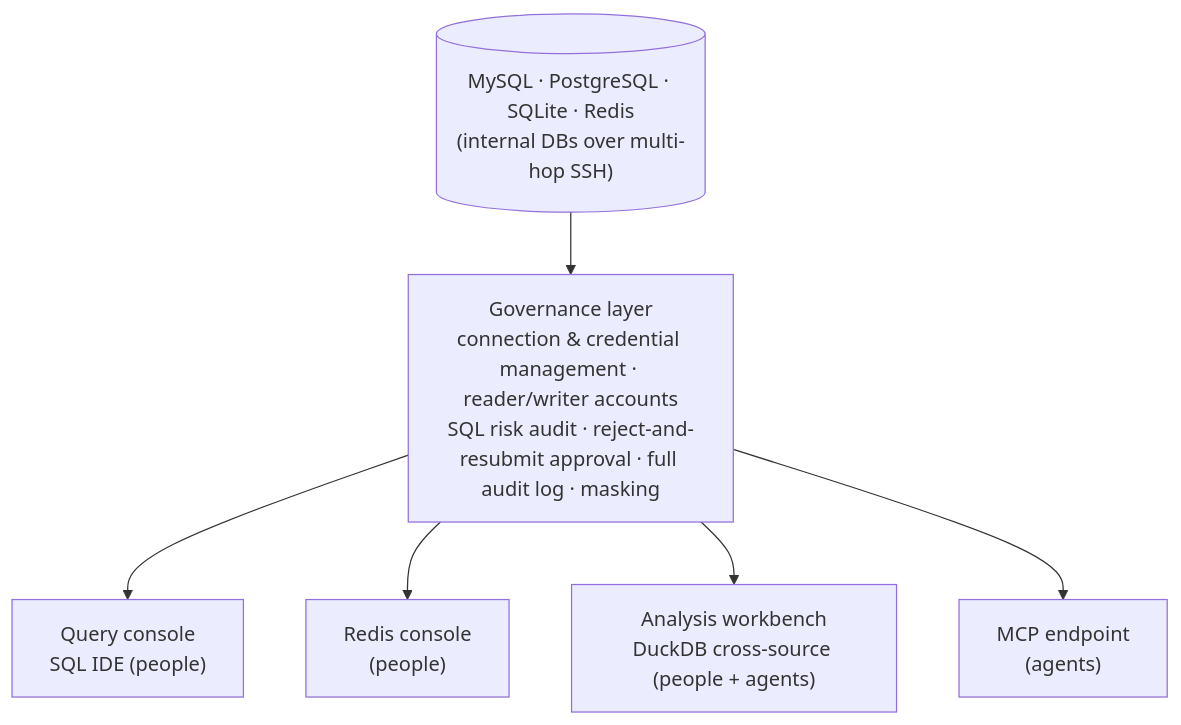
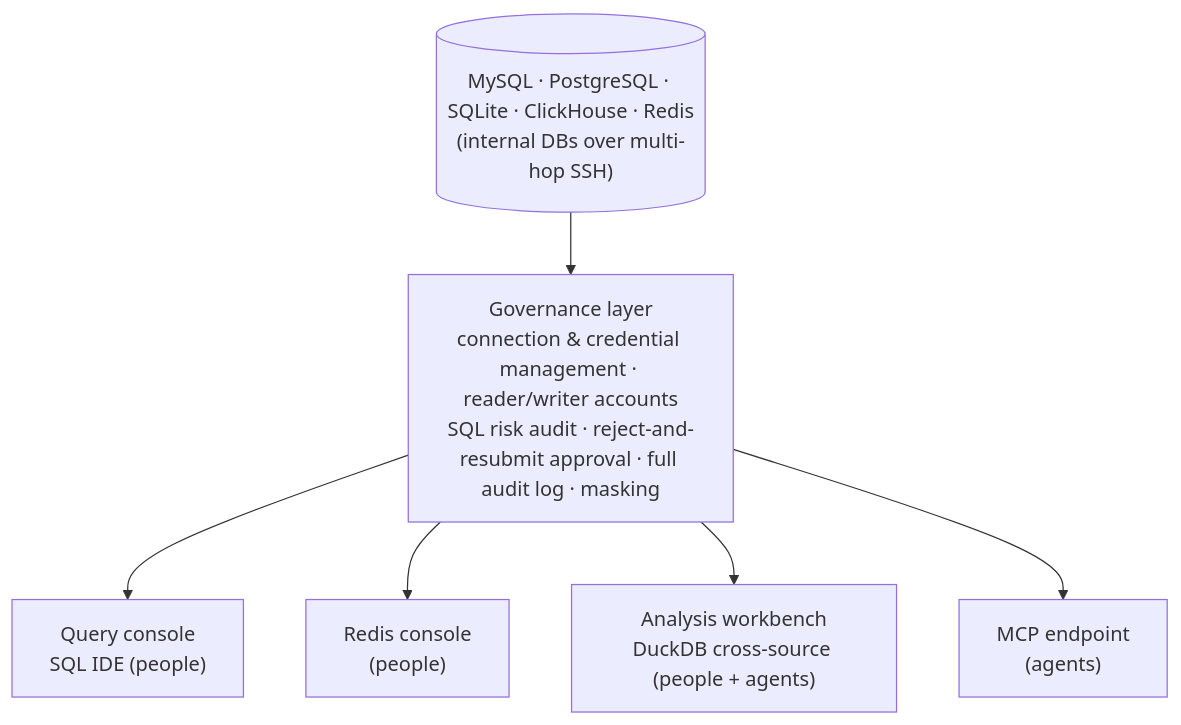
The diagram in README.en.md (jianxinliu/Quay), drawn with Mermaid before and after one commit. The commit also changed other lines of this file and 6 other files, not shown here.

````diff
--- a/README.en.md
+++ b/README.en.md
@@ -52,9 +146,9 @@
 ```mermaid
 flowchart TB
-    DB[("MySQL · PostgreSQL · SQLite · Redis<br/>(internal DBs over multi-hop SSH)")]
+    DB[("MySQL · PostgreSQL · SQLite · ClickHouse · Redis<br/>(internal DBs over multi-hop SSH)")]
     DB --> GOV["Governance layer<br/>connection & credential management · reader/writer accounts<br/>SQL risk audit · reject-and-resubmit approval · full audit log · masking"]
     GOV --> T1["Query console<br/>SQL IDE (people)"]
     GOV --> T2["Redis console<br/>(people)"]
     GOV --> T3["Analysis workbench<br/>DuckDB cross-source (people + agents)"]
     GOV --> T4["MCP endpoint<br/>(agents)"]
 ```
````
